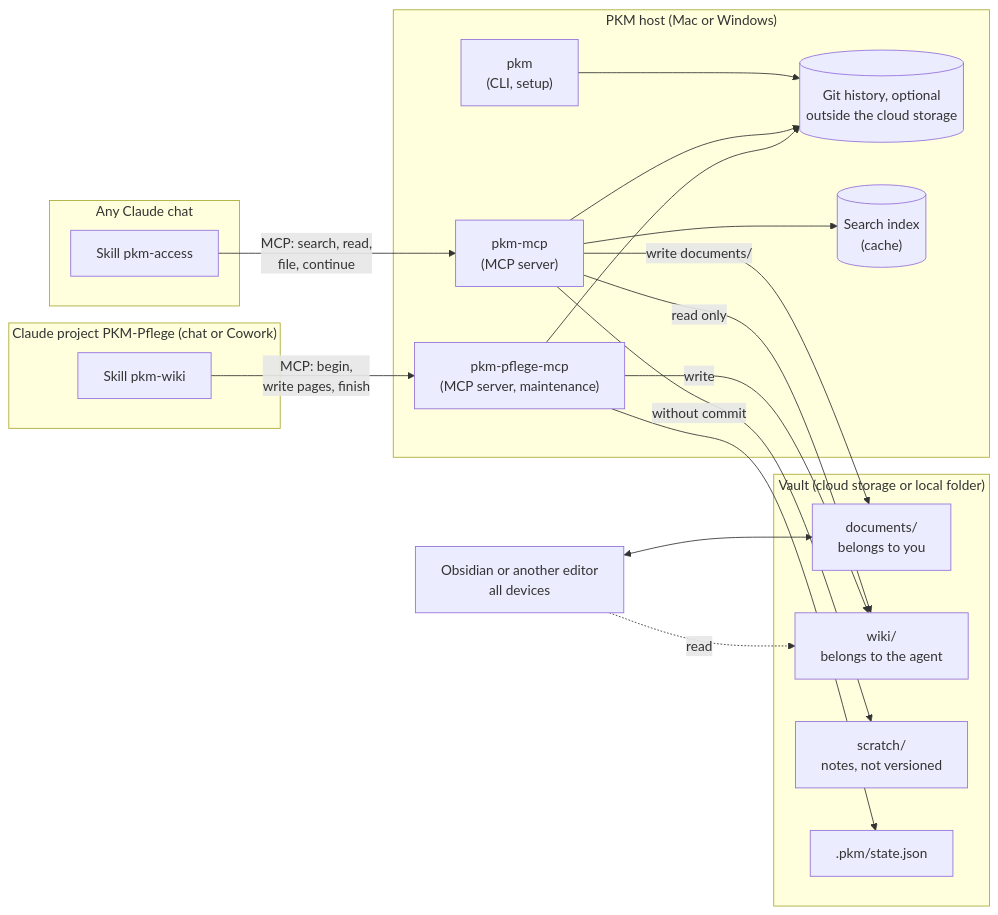
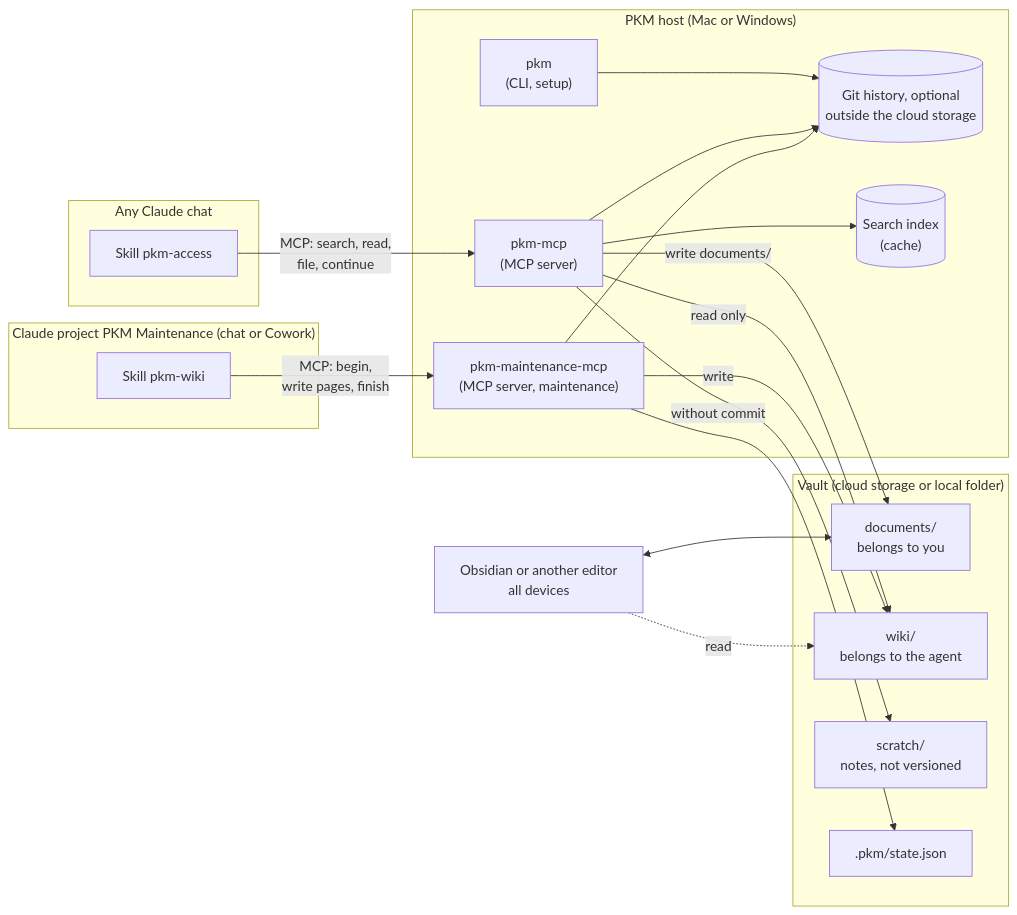
One commit to achim0x/pkm-llm-wiki changed the first of 8 diagrams in README.md. Above: the diagram before and after it, drawn with Mermaid. The commit also changed other lines of this file and 19 other files, not shown here.

First line of the commit message:
Rename the maintenance server to English: pkm-maintenance

````diff
--- a/README.md
+++ b/README.md
@@ -172,37 +172,37 @@
 ```mermaid
 flowchart LR
     subgraph Chats["Any Claude chat"]
         A["Skill pkm-access"]
     end
-    subgraph Projekt["Claude project PKM-Pflege (chat or Cowork)"]
+    subgraph Projekt["Claude project PKM Maintenance (chat or Cowork)"]
         B["Skill pkm-wiki"]
     end
     subgraph Host["PKM host (Mac or Windows)"]
         M["pkm-mcp<br/>(MCP server)"]
-        P["pkm-pflege-mcp<br/>(MCP server, maintenance)"]
+        P["pkm-maintenance-mcp<br/>(MCP server, maintenance)"]
         C["pkm<br/>(CLI, setup)"]
         G[("Git history, optional<br/>outside the cloud storage")]
         I[("Search index<br/>(cache)")]
     end
     subgraph Vault["Vault (cloud storage or local folder)"]
         D["documents/<br/>belongs to you"]
         W["wiki/<br/>belongs to the agent"]
         X["scratch/<br/>notes, not versioned"]
         S[".pkm/state.json"]
     end
     O["Obsidian or another editor<br/>all devices"]
 
     A -- "MCP: search, read,<br/>file, continue" --> M
     B -- "MCP: begin,<br/>write pages, finish" --> P
     P -- "write" --> W
     P --> G
     M -- "write documents/" --> D
     M -- "without commit" --> X
     M -- "read only" --> W
     M --> G
     M --> I
     P --> S
     C --> G
     O <--> D
     O -.->|"read"| W
 ```
````
